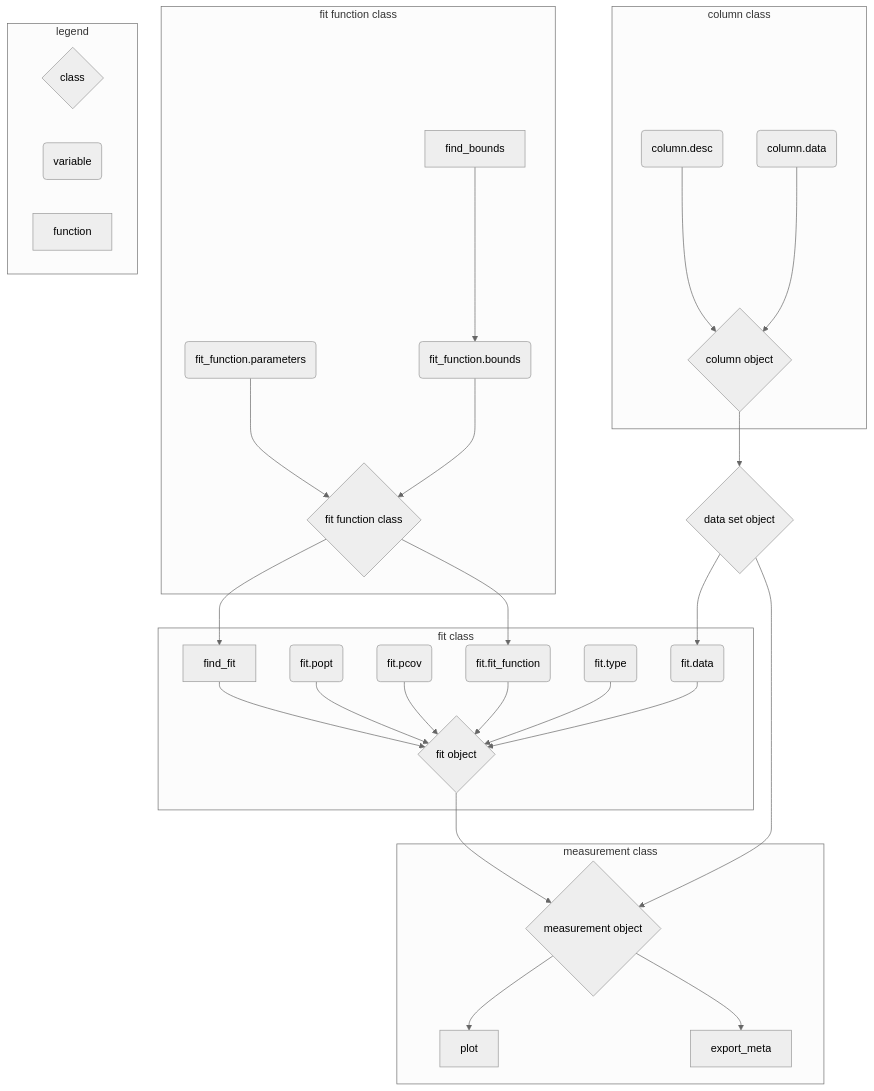
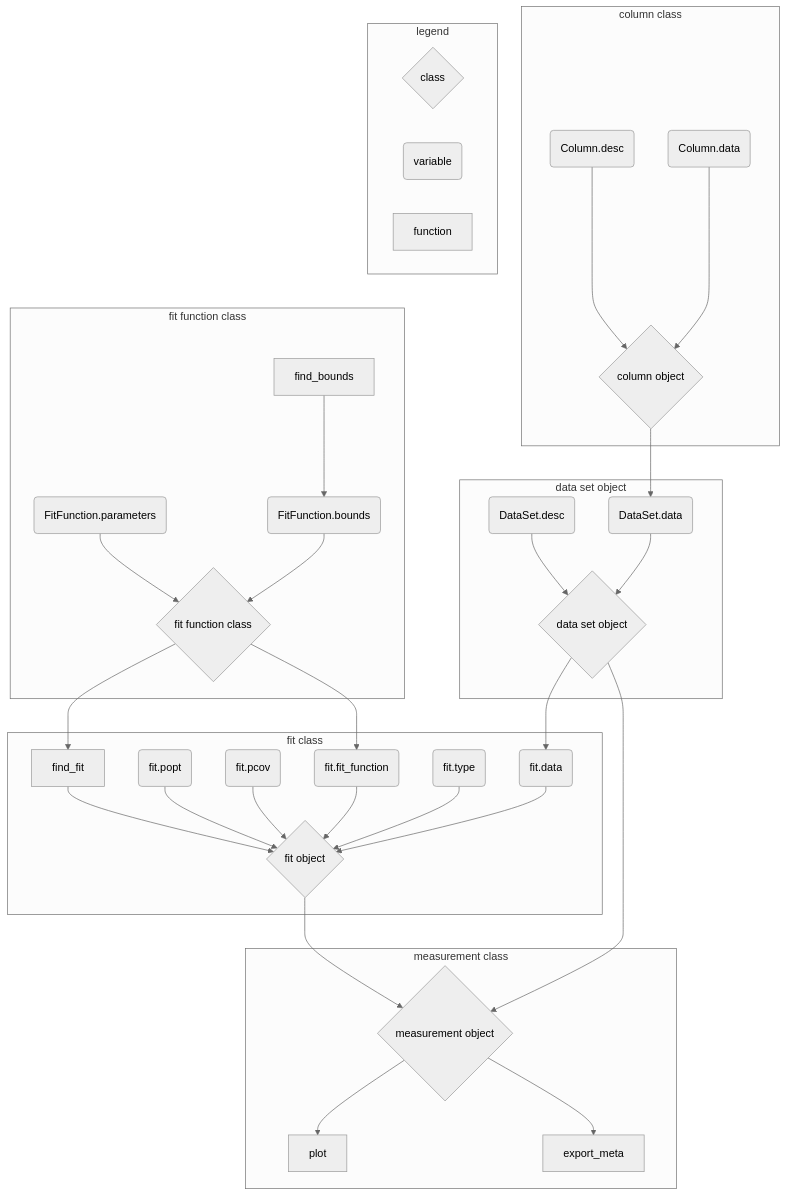
One commit to nicoeinsidler/pigor changed the diagram in doc/sprints.rst. Above: the diagram before and after it, drawn with Mermaid (neutral theme). The commit also changed other lines of this file and 12 other files, not shown here.

Commit message:
updated DataSet class in sprints

```diff
--- a/doc/sprints.rst
+++ b/doc/sprints.rst
@@ -52,42 +52,47 @@
 .. mermaid::
 
     graph TD
         subgraph column class
-        desc(column.desc) --> column{column object}
-        data(column.data) --> column{column object}
+        desc(Column.desc) --> column{column object}
+        data(Column.data) --> column{column object}
         end
 
-        column --> set{data set object}
+        column --> dsdata
+
+        subgraph data set object
+        dsdesc(DataSet.desc) --> set{data set object}
+        dsdata(DataSet.data) --> set
+        end
 
         subgraph fit function class
-        parameters(fit_function.parameters) --> ff
+        parameters(FitFunction.parameters) --> ff
         find_bounds[find_bounds] --> fb
-        fb(fit_function.bounds) --> ff
+        fb(FitFunction.bounds) --> ff
         end
 
         ff{fit function class} --> find_fit[find_fit]
         ff --> fit_function
         set --> fdata(fit.data)
 
         subgraph fit class
         find_fit --> fit
         popt(fit.popt) --> fit
         pcovt(fit.pcov) --> fit
         fit_function(fit.fit_function) --> fit
         ft(fit.type) --> fit
         fdata --> fit
         end
 
         fit{fit object} --> m
         set --> m{measurement object}
 
         subgraph measurement class
         m --> plot[plot]
         m --> export[export_meta]
         end
 
         subgraph legend
         l1{class}
         l2(variable)
         l3[function]
         end
```
